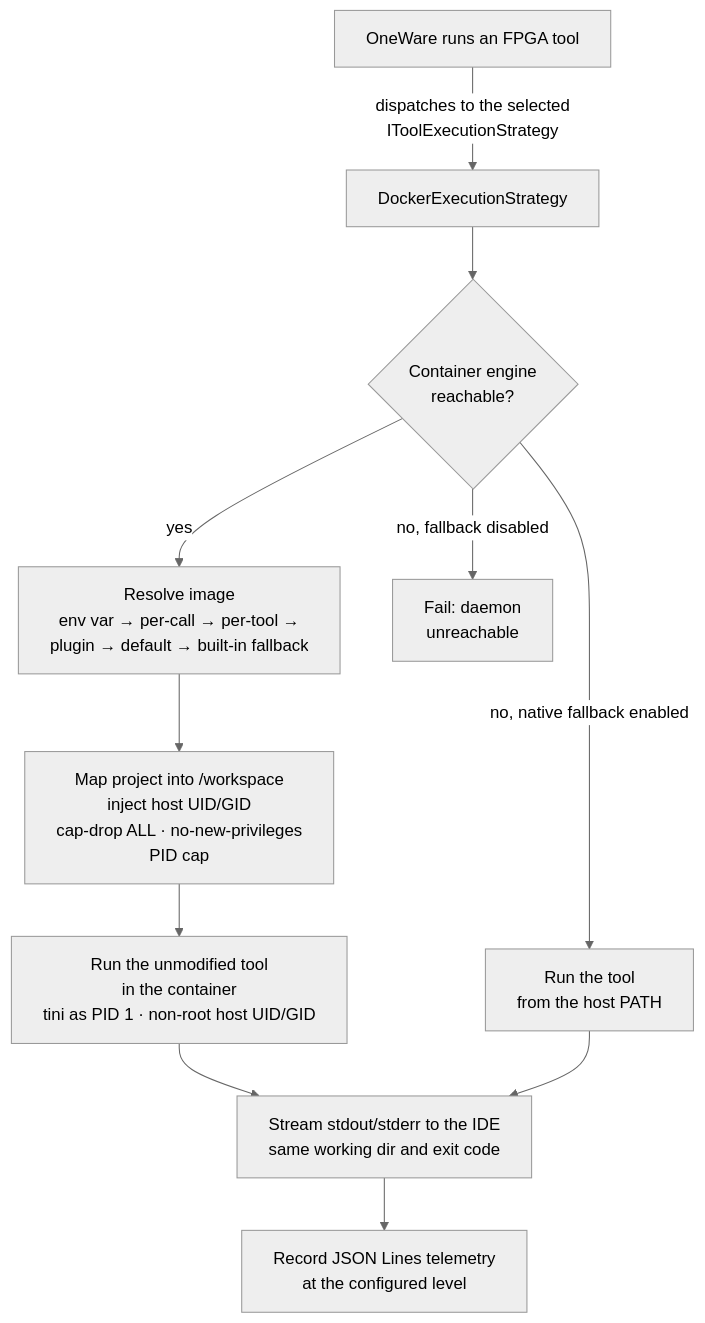
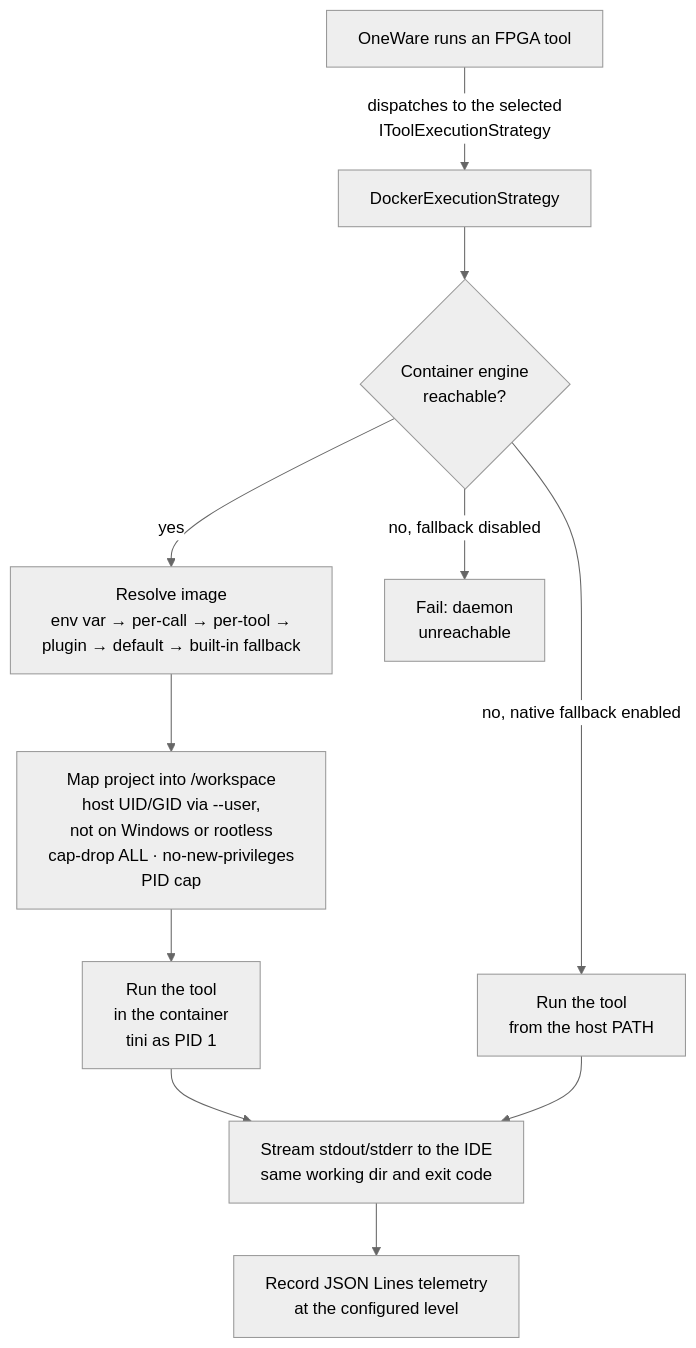
One commit to FEntwumS/FEntwumS.ContainerExtension changed the diagram in README.md. Above: the diagram before and after it, drawn with Mermaid (neutral theme). The commit also changed other lines of this file, not shown here.

First line of the commit message:
docs: say when a container runs as the host user, and that paths are mapped

````diff
--- a/README.md
+++ b/README.md
@@ -55,18 +55,18 @@
 ```mermaid
 ---
 config:
   flowchart:
     wrappingWidth: 400
 ---
 flowchart TD
     A[OneWare runs an FPGA tool] -->|dispatches to the selected<br/>IToolExecutionStrategy| B[DockerExecutionStrategy]
     B --> C{Container engine<br/>reachable?}
     C -->|yes| D[Resolve image<br/>env var → per-call → per-tool →<br/>plugin → default → built-in fallback]
-    D --> E[Map project into /workspace<br/>inject host UID/GID<br/>cap-drop ALL · no-new-privileges<br/>PID cap]
-    E --> F[Run the unmodified tool<br/>in the container<br/>tini as PID 1 · non-root host UID/GID]
+    D --> E[Map project into /workspace<br/>host UID/GID via --user,<br/>not on Windows or rootless<br/>cap-drop ALL · no-new-privileges<br/>PID cap]
+    E --> F[Run the tool<br/>in the container<br/>tini as PID 1]
     C -->|no, native fallback enabled| G[Run the tool<br/>from the host PATH]
     C -->|no, fallback disabled| H[Fail: daemon<br/>unreachable]
     F --> I[Stream stdout/stderr to the IDE<br/>same working dir and exit code]
     G --> I
     I --> J[Record JSON Lines telemetry<br/>at the configured level]
 ```
````
